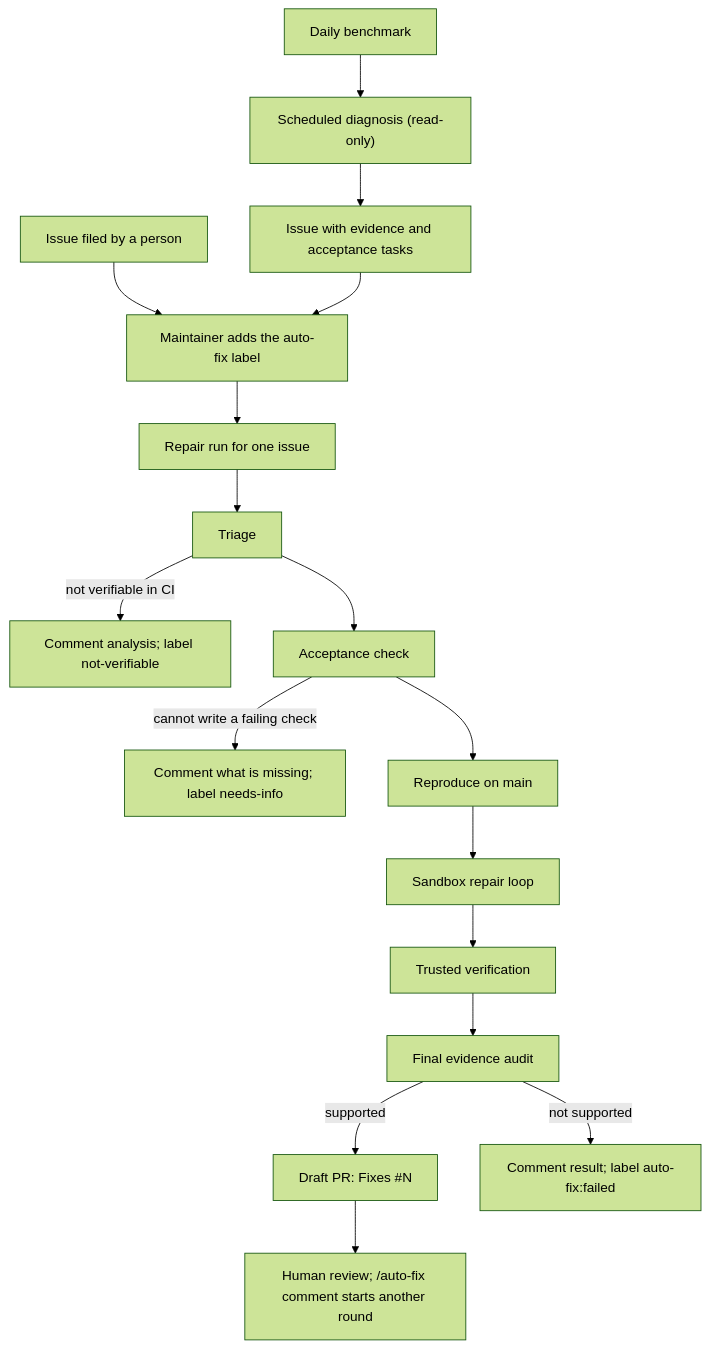
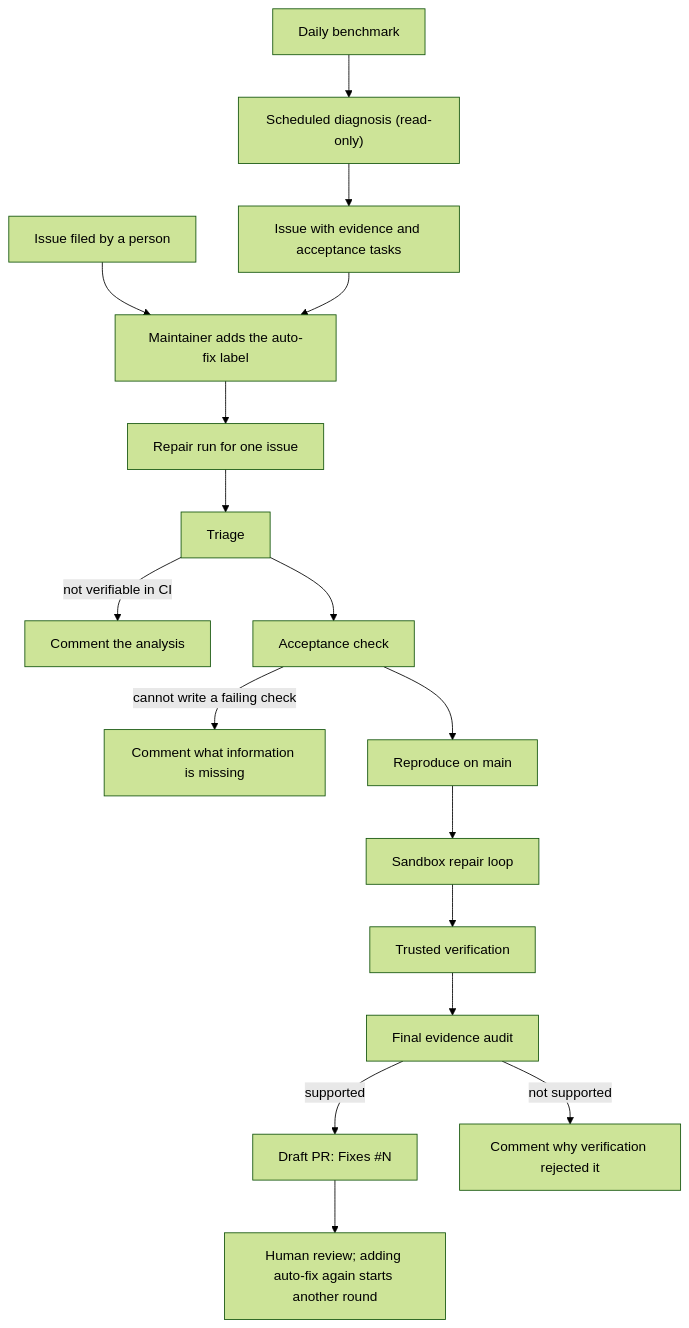
The diagram in docs/09-benchmark/issue-driven-auto-fix.md (AidenAI-IO/aico-link), drawn with Mermaid (forest theme) before and after one commit. The commit also changed other lines of this file, not shown here.

First line of the commit message:
docs(benchmark): use a single auto-fix label in the auto-fix design

````diff
--- a/docs/09-benchmark/issue-driven-auto-fix.md
+++ b/docs/09-benchmark/issue-driven-auto-fix.md
@@ -61,19 +61,19 @@
 ```mermaid
 flowchart TD
     A["Daily benchmark"] --> B["Scheduled diagnosis (read-only)"]
     B --> C["Issue with evidence and acceptance tasks"]
     H["Issue filed by a person"] --> D
     C --> D["Maintainer adds the auto-fix label"]
     D --> E["Repair run for one issue"]
     E --> F["Triage"]
-    F -->|"not verifiable in CI"| X["Comment analysis; label not-verifiable"]
+    F -->|"not verifiable in CI"| X["Comment the analysis"]
     F --> G["Acceptance check"]
-    G -->|"cannot write a failing check"| Y["Comment what is missing; label needs-info"]
+    G -->|"cannot write a failing check"| Y["Comment what information is missing"]
     G --> R["Reproduce on main"]
     R --> S["Sandbox repair loop"]
     S --> V["Trusted verification"]
     V --> W["Final evidence audit"]
     W -->|"supported"| P["Draft PR: Fixes #N"]
-    W -->|"not supported"| Z["Comment result; label auto-fix:failed"]
-    P --> Q["Human review; /auto-fix comment starts another round"]
+    W -->|"not supported"| Z["Comment why verification rejected it"]
+    P --> Q["Human review; adding auto-fix again starts another round"]
 ```
````
